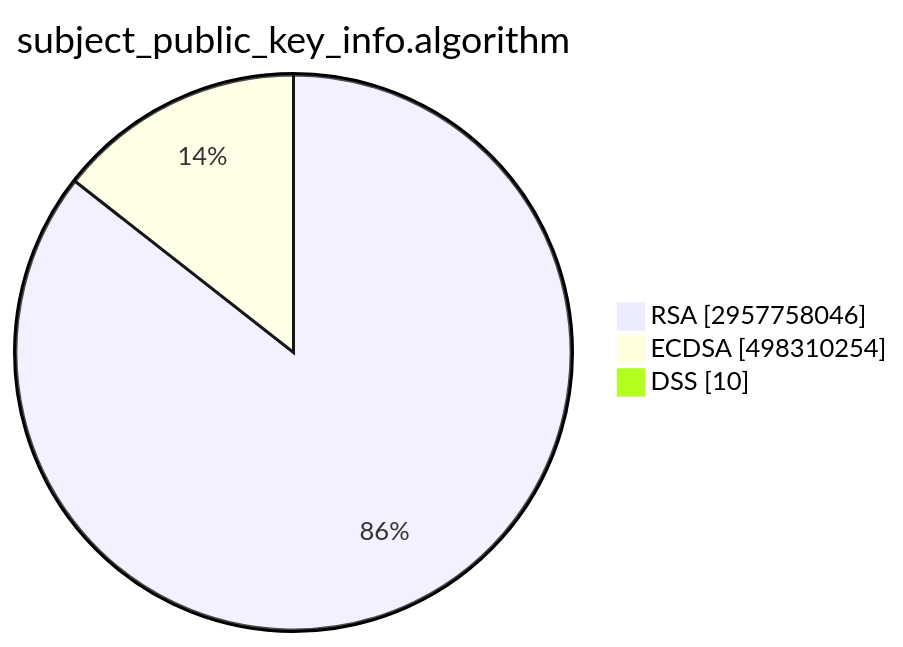
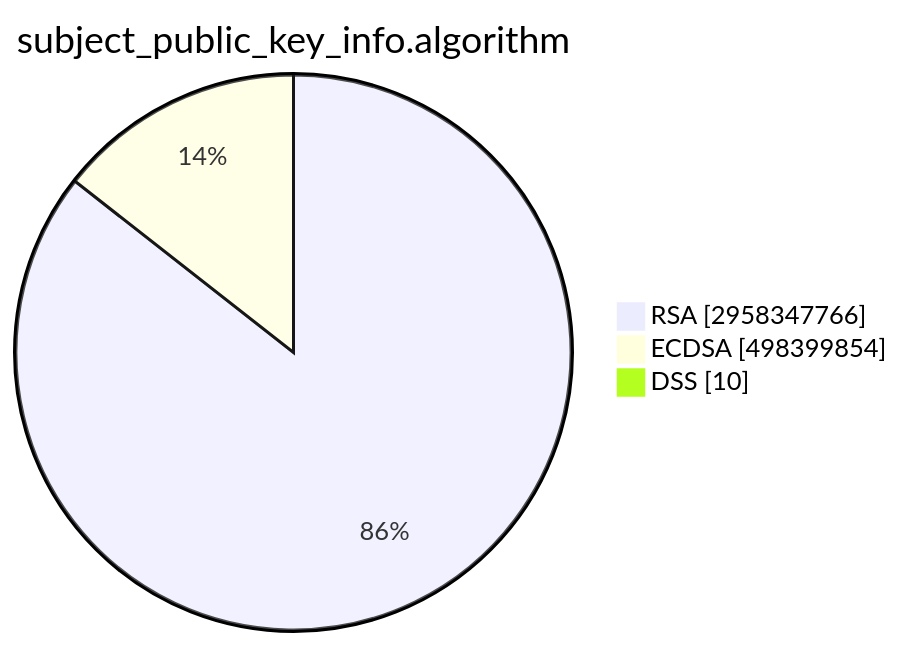
The second of 15 diagrams in TOTAL/README.md (christiankrug/ctmonitor_visualization), drawn with Mermaid before and after one commit. The commit also changed other lines of this file, not shown here.

````diff
--- a/TOTAL/README.md
+++ b/TOTAL/README.md
@@ -6,7 +6,7 @@
 ```mermaid
 pie showData
 title subject_public_key_info.algorithm
-"RSA" :2957758046
-"ECDSA" :498310254
+"RSA" :2958347766
+"ECDSA" :498399854
 "DSS" :10
 ```
````
